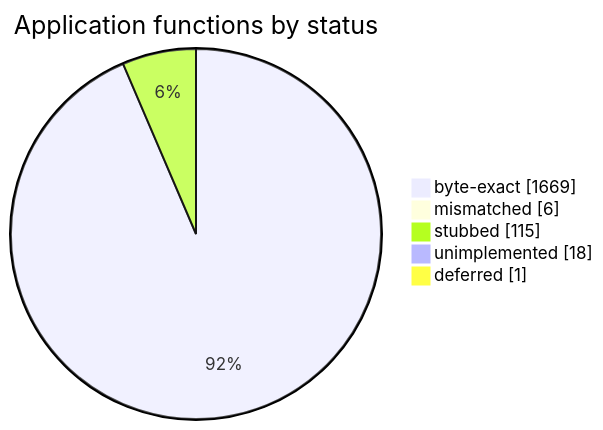
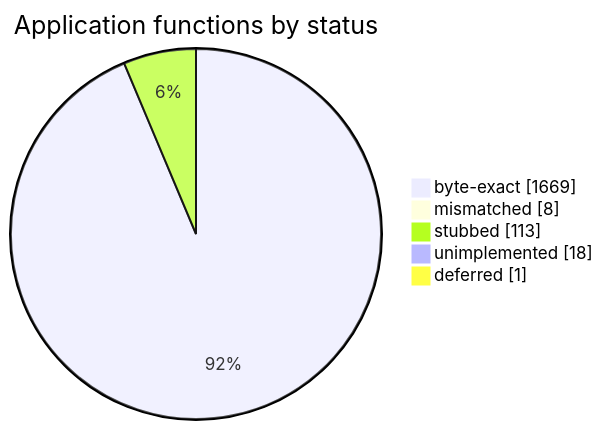
Before and after one commit to sorokya/eos: the diagram in README.md, drawn with Mermaid. The commit also changed other lines of this file and 3 other files, not shown here.

````diff
--- a/README.md
+++ b/README.md
@@ -152,9 +152,9 @@
 ```mermaid
 pie showData
     title Application functions by status
     "byte-exact" : 1669
-    "mismatched" : 6
-    "stubbed" : 115
+    "mismatched" : 8
+    "stubbed" : 113
     "unimplemented" : 18
     "deferred" : 1
 ```
````
